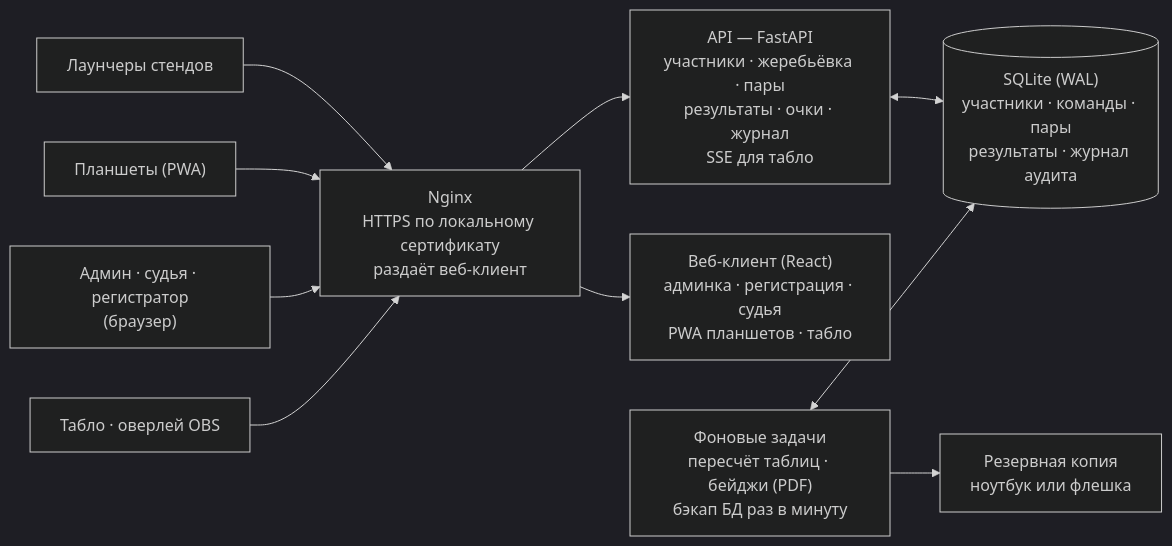
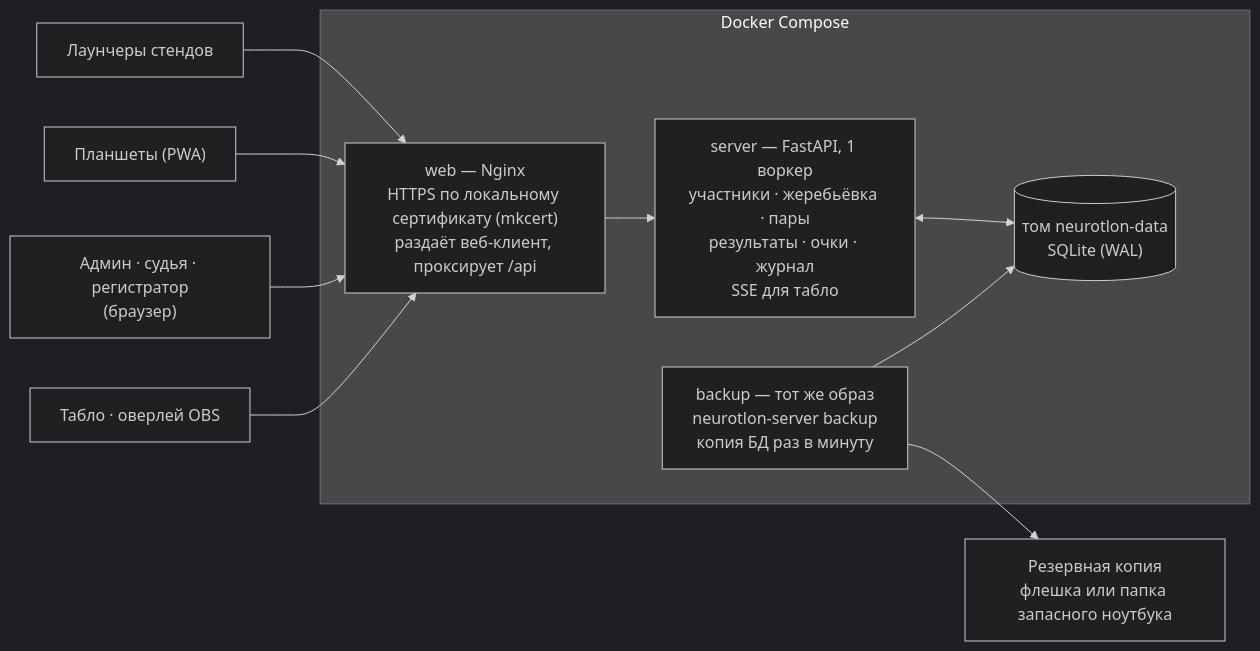
The second of 9 diagrams in docs/architecture.md (L0GIN0UT/Neurotlon), drawn with Mermaid (dark theme) before and after one commit. The commit also changed other lines of this file and 4 other files, not shown here.

Commit message:
docs(deploy): runbook for the event, deployment architecture

````diff
--- a/docs/architecture.md
+++ b/docs/architecture.md
@@ -38,13 +40,14 @@
 ```mermaid
 flowchart LR
     L["Лаунчеры стендов"] --> N
     T["Планшеты (PWA)"] --> N
     U["Админ · судья · регистратор<br/>(браузер)"] --> N
     B["Табло · оверлей OBS"] --> N
-    N["Nginx<br/>HTTPS по локальному сертификату<br/>раздаёт веб-клиент"]
-    N --> A["API — FastAPI<br/>участники · жеребьёвка · пары<br/>результаты · очки · журнал<br/>SSE для табло"]
-    N --> W["Веб-клиент (React)<br/>админка · регистрация · судья<br/>PWA планшетов · табло"]
-    A <--> DB[("SQLite (WAL)<br/>участники · команды · пары<br/>результаты · журнал аудита")]
-    J["Фоновые задачи<br/>пересчёт таблиц · бейджи (PDF)<br/>бэкап БД раз в минуту"] <--> DB
-    J --> R["Резервная копия<br/>ноутбук или флешка"]
+    subgraph Compose["Docker Compose"]
+        N["web — Nginx<br/>HTTPS по локальному сертификату (mkcert)<br/>раздаёт веб-клиент, проксирует /api"]
+        N --> A["server — FastAPI, 1 воркер<br/>участники · жеребьёвка · пары<br/>результаты · очки · журнал<br/>SSE для табло"]
+        A <--> DB[("том neurotlon-data<br/>SQLite (WAL)")]
+        K["backup — тот же образ<br/>neurotlon-server backup<br/>копия БД раз в минуту"] --> DB
+    end
+    K --> R["Резервная копия<br/>флешка или папка запасного ноутбука"]
 ```
````
